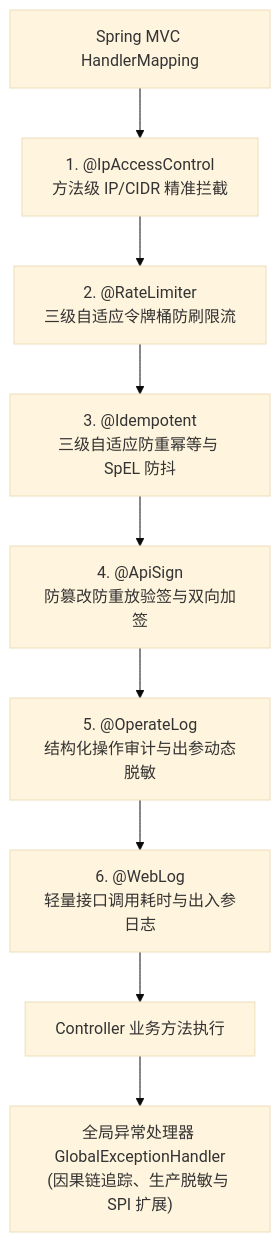
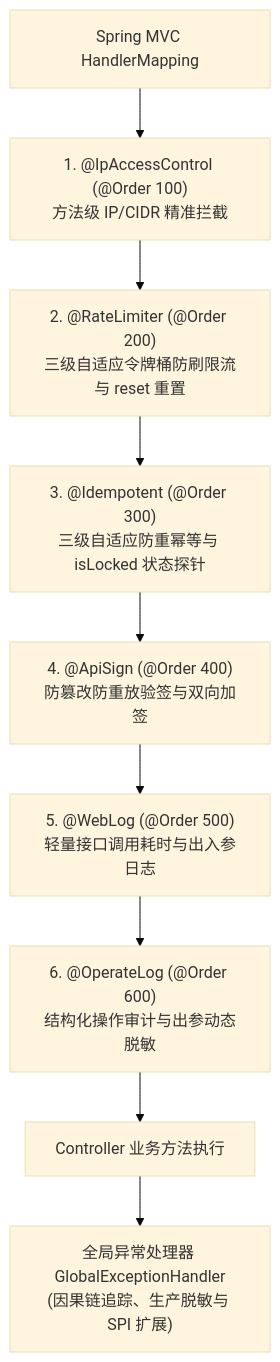
Before and after one commit to atengk/ateng-boot: the second of 2 diagrams in ateng-boot-web/README.md, drawn with Mermaid (base theme). The commit also changed other lines of this file and 4 other files, not shown here.

````diff
--- a/ateng-boot-web/README.md
+++ b/ateng-boot-web/README.md
@@ -73,11 +74,11 @@
 ```mermaid
 flowchart TD
-    Dispatcher["Spring MVC HandlerMapping"] --> IpAspect["1. @IpAccessControl<br>方法级 IP/CIDR 精准拦截"]
-    IpAspect --> RateAspect["2. @RateLimiter<br>三级自适应令牌桶防刷限流"]
-    RateAspect --> IdempAspect["3. @Idempotent<br>三级自适应防重幂等与 SpEL 防抖"]
-    IdempAspect --> SignAspect["4. @ApiSign<br>防篡改防重放验签与双向加签"]
-    SignAspect --> AuditAspect["5. @OperateLog<br>结构化操作审计与出参动态脱敏"]
-    AuditAspect --> LogAspect["6. @WebLog<br>轻量接口调用耗时与出入参日志"]
-    LogAspect --> TargetAction["Controller 业务方法执行"]
+    Dispatcher["Spring MVC HandlerMapping"] --> IpAspect["1. @IpAccessControl (@Order 100)<br>方法级 IP/CIDR 精准拦截"]
+    IpAspect --> RateAspect["2. @RateLimiter (@Order 200)<br>三级自适应令牌桶防刷限流与 reset 重置"]
+    RateAspect --> IdempAspect["3. @Idempotent (@Order 300)<br>三级自适应防重幂等与 isLocked 状态探针"]
+    IdempAspect --> SignAspect["4. @ApiSign (@Order 400)<br>防篡改防重放验签与双向加签"]
+    SignAspect --> LogAspect["5. @WebLog (@Order 500)<br>轻量接口调用耗时与出入参日志"]
+    LogAspect --> AuditAspect["6. @OperateLog (@Order 600)<br>结构化操作审计与出参动态脱敏"]
+    AuditAspect --> TargetAction["Controller 业务方法执行"]
     TargetAction --> ExceptionHandler["全局异常处理器 GlobalExceptionHandler<br>(因果链追踪、生产脱敏与 SPI 扩展)"]
 ```
````
